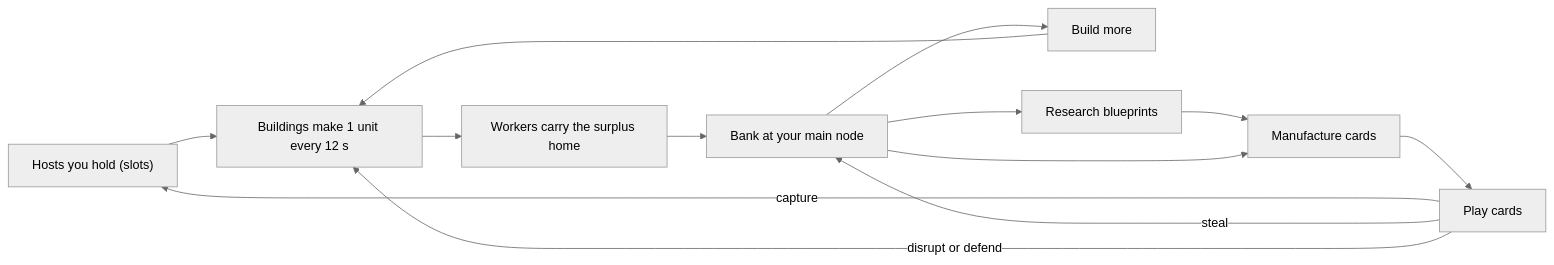
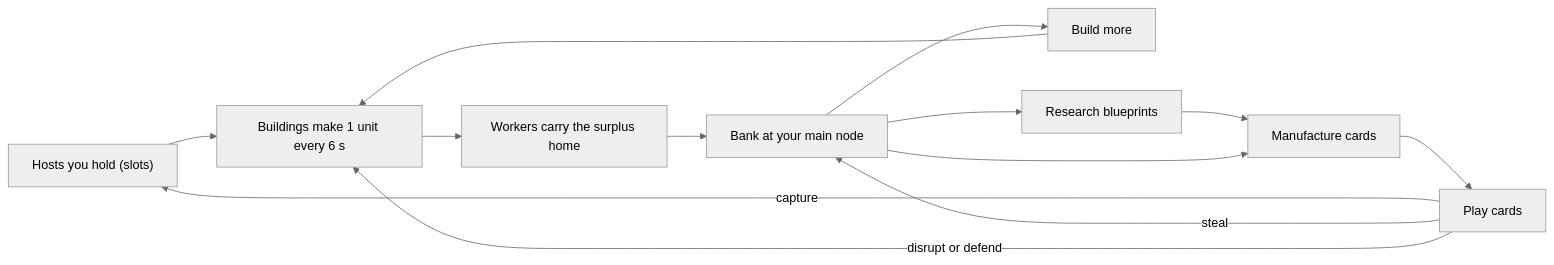
Before and after one commit to zzzteph/rim: the first of 2 diagrams in docs/DESIGN.md, drawn with Mermaid. The commit also changed other lines of this file and 21 other files, not shown here.

````diff
--- a/docs/DESIGN.md
+++ b/docs/DESIGN.md
@@ -44,16 +44,16 @@
 ```mermaid
 %%{init: {'theme':'neutral'}}%%
 flowchart LR
-  H["Hosts you hold (slots)"] --> B["Buildings make 1 unit every 12 s"]
+  H["Hosts you hold (slots)"] --> B["Buildings make 1 unit every 6 s"]
   B --> C["Workers carry the surplus home"]
   C --> K["Bank at your main node"]
   K --> B2["Build more"]
   B2 --> B
   K --> R["Research blueprints"]
   R --> M["Manufacture cards"]
   K --> M
   M --> P["Play cards"]
   P -->|"capture"| H
   P -->|"steal"| K
   P -->|"disrupt or defend"| B
 ```
````
